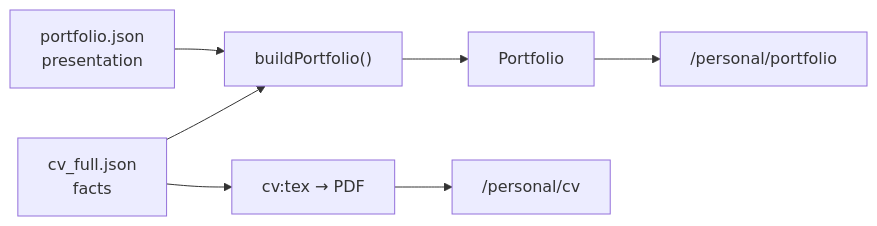
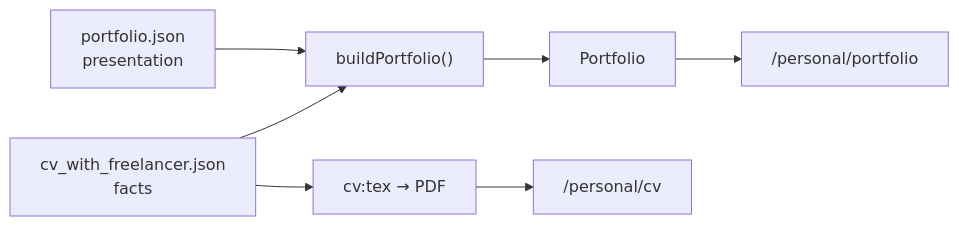
The third of 3 diagrams in docs/architecture.md (DAMHONGDUC/personal-work-space), drawn with Mermaid before and after one commit. The commit also changed 8 other files, not shown here.

````diff
--- a/docs/architecture.md
+++ b/docs/architecture.md
@@ -51,7 +51,7 @@
 ```mermaid
 flowchart LR
-  CV["cv_full.json<br/>facts"] --> Build["buildPortfolio()"]
+  CV["cv_with_freelancer.json<br/>facts"] --> Build["buildPortfolio()"]
   Page["portfolio.json<br/>presentation"] --> Build
   Build --> P["Portfolio"] --> Page2["/personal/portfolio"]
   CV --> Tex["cv:tex → PDF"] --> CVPage["/personal/cv"]
 ```
````
